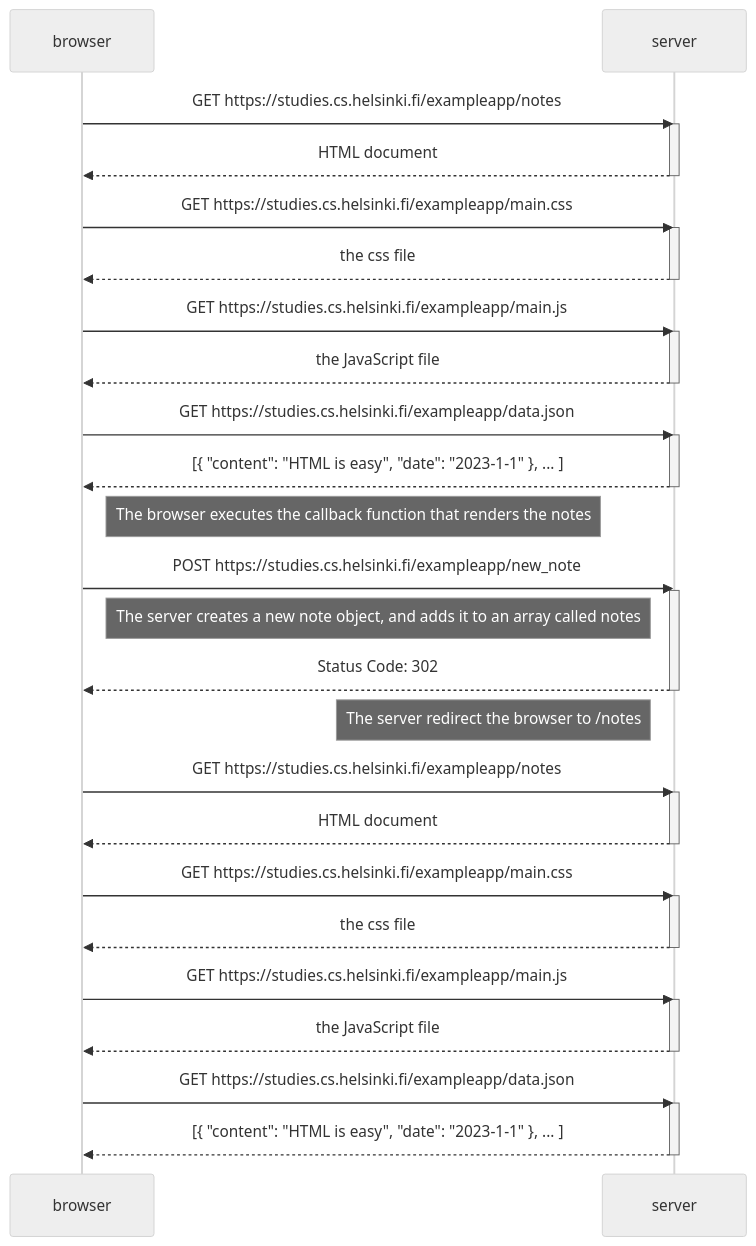
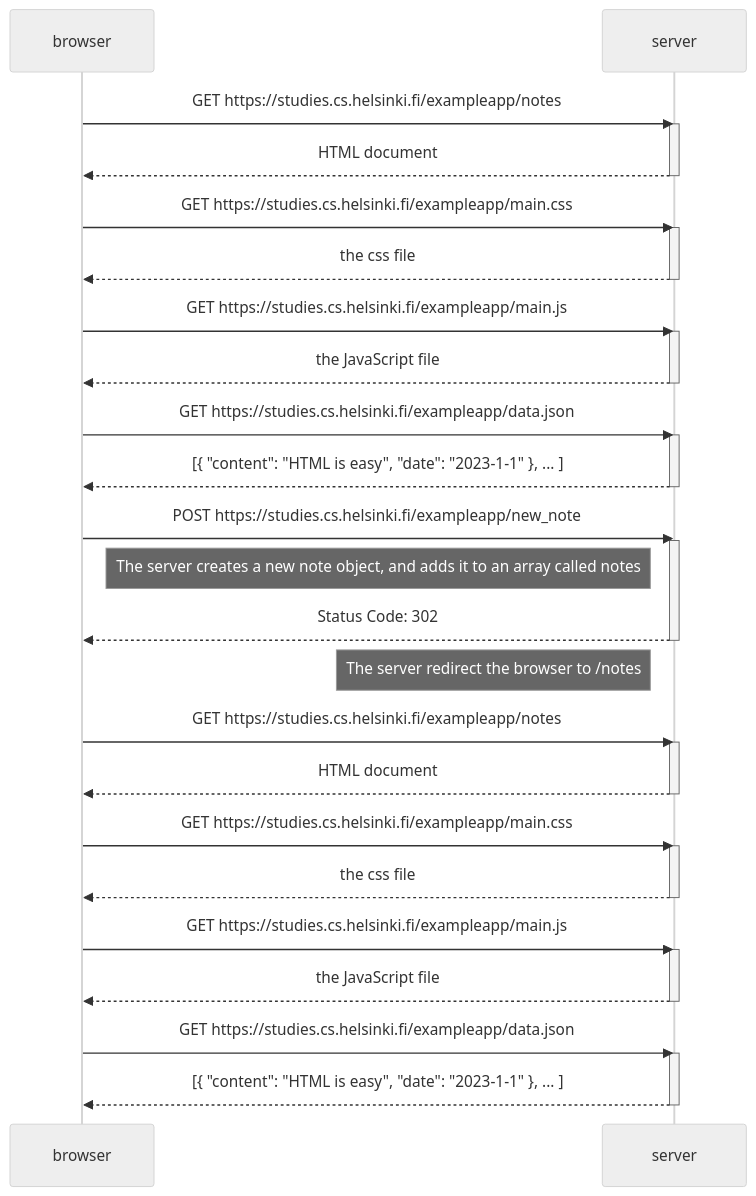
One commit to MiguelArmenta/fullstackopen changed the diagram in part0/new-note-diagram.md. Above: the diagram before and after it, drawn with Mermaid (neutral theme). The commit also changed 1 other file, not shown here.

Commit message:
spa diagram

````diff
--- a/part0/new-note-diagram.md
+++ b/part0/new-note-diagram.md
@@ -1,56 +1,54 @@
 ```mermaid
 sequenceDiagram
     participant browser
     participant server
 
     browser->>server: GET https://studies.cs.helsinki.fi/exampleapp/notes
     activate server
     server-->>browser: HTML document
     deactivate server
 
     browser->>server: GET https://studies.cs.helsinki.fi/exampleapp/main.css
     activate server
     server-->>browser: the css file
     deactivate server
 
     browser->>server: GET https://studies.cs.helsinki.fi/exampleapp/main.js
     activate server
     server-->>browser: the JavaScript file
     deactivate server
 
     browser->>server: GET https://studies.cs.helsinki.fi/exampleapp/data.json
     activate server
     server-->>browser: [{ "content": "HTML is easy", "date": "2023-1-1" }, ... ]
     deactivate server
-
-    Note right of browser: The browser executes the callback function that renders the notes
 
     browser->>server: POST https://studies.cs.helsinki.fi/exampleapp/new_note
     activate server
     Note left of server: The server creates a new note object, and adds it to an array called notes
     server-->>browser: Status Code: 302
     deactivate server
 
     Note left of server: The server redirect the browser to /notes
     
 
     browser->>server: GET https://studies.cs.helsinki.fi/exampleapp/notes
     activate server
     server-->>browser: HTML document
     deactivate server
 
     browser->>server: GET https://studies.cs.helsinki.fi/exampleapp/main.css
     activate server
     server-->>browser: the css file
     deactivate server
 
     browser->>server: GET https://studies.cs.helsinki.fi/exampleapp/main.js
     activate server
     server-->>browser: the JavaScript file
     deactivate server
 
     browser->>server: GET https://studies.cs.helsinki.fi/exampleapp/data.json
     activate server
     server-->>browser: [{ "content": "HTML is easy", "date": "2023-1-1" }, ... ]
     deactivate server
 ```
````
